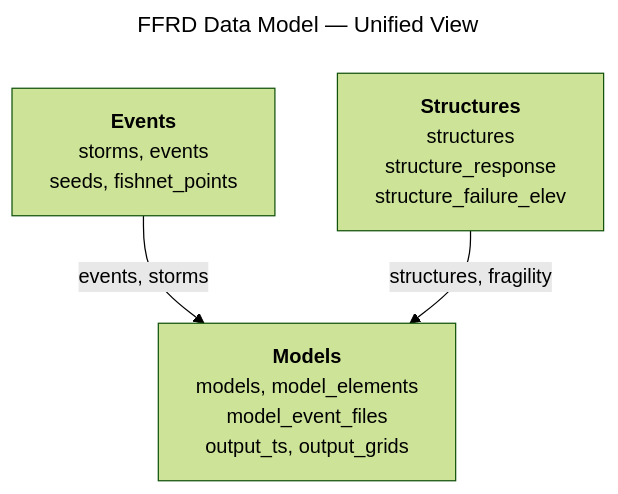
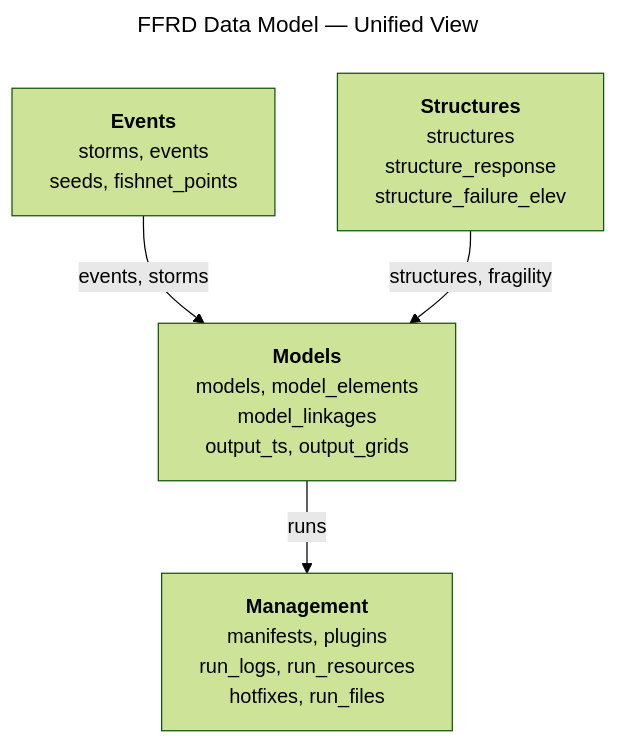
Before and after one commit to fema-ffrd/ffrd-data-model: the diagram in rdb/ffrd-erd-unified.mmd, drawn with Mermaid (forest theme). The commit also changed 2 other files, not shown here.

```diff
--- a/rdb/ffrd-erd-unified.mmd
+++ b/rdb/ffrd-erd-unified.mmd
@@ -1,14 +1,17 @@
 ---
 title: FFRD Data Model — Unified View
 ---
 graph TB
     EVENTS["<b>Events</b><br/>storms, events<br/>seeds, fishnet_points"]
     STRUCT["<b>Structures</b><br/>structures<br/>structure_response<br/>structure_failure_elev"]
-    MODELS["<b>Models</b><br/>models, model_elements<br/>model_event_files<br/>output_ts, output_grids"]
+    MODELS["<b>Models</b><br/>models, model_elements<br/>model_linkages<br/>output_ts, output_grids"]
+    MGMT["<b>Management</b><br/>manifests, plugins<br/>run_logs, run_resources<br/>hotfixes, run_files"]
 
     EVENTS -->|events, storms| MODELS
     STRUCT -->|structures, fragility| MODELS
+    MODELS -->|runs| MGMT
 
     click EVENTS "https://github.com/fema-ffrd/ffrd-data-model/blob/initial-erd/rdms/events.mmd" "View Events domain detail"
     click STRUCT "https://github.com/fema-ffrd/ffrd-data-model/blob/initial-erd/rdms/structures.mmd" "View Structures domain detail"
-    click MODELS "https://github.com/fema-ffrd/ffrd-data-model/blob/initial-erd/rdms/models.mmd" "View Models domain detail"
+    click MODELS "https://github.com/fema-ffrd/ffrd-data-model/blob/main/rdb/models.mmd" "View Models domain detail"
+    click MGMT "https://github.com/fema-ffrd/ffrd-data-model/blob/main/rdb/management.mmd" "View Management domain detail"
```
